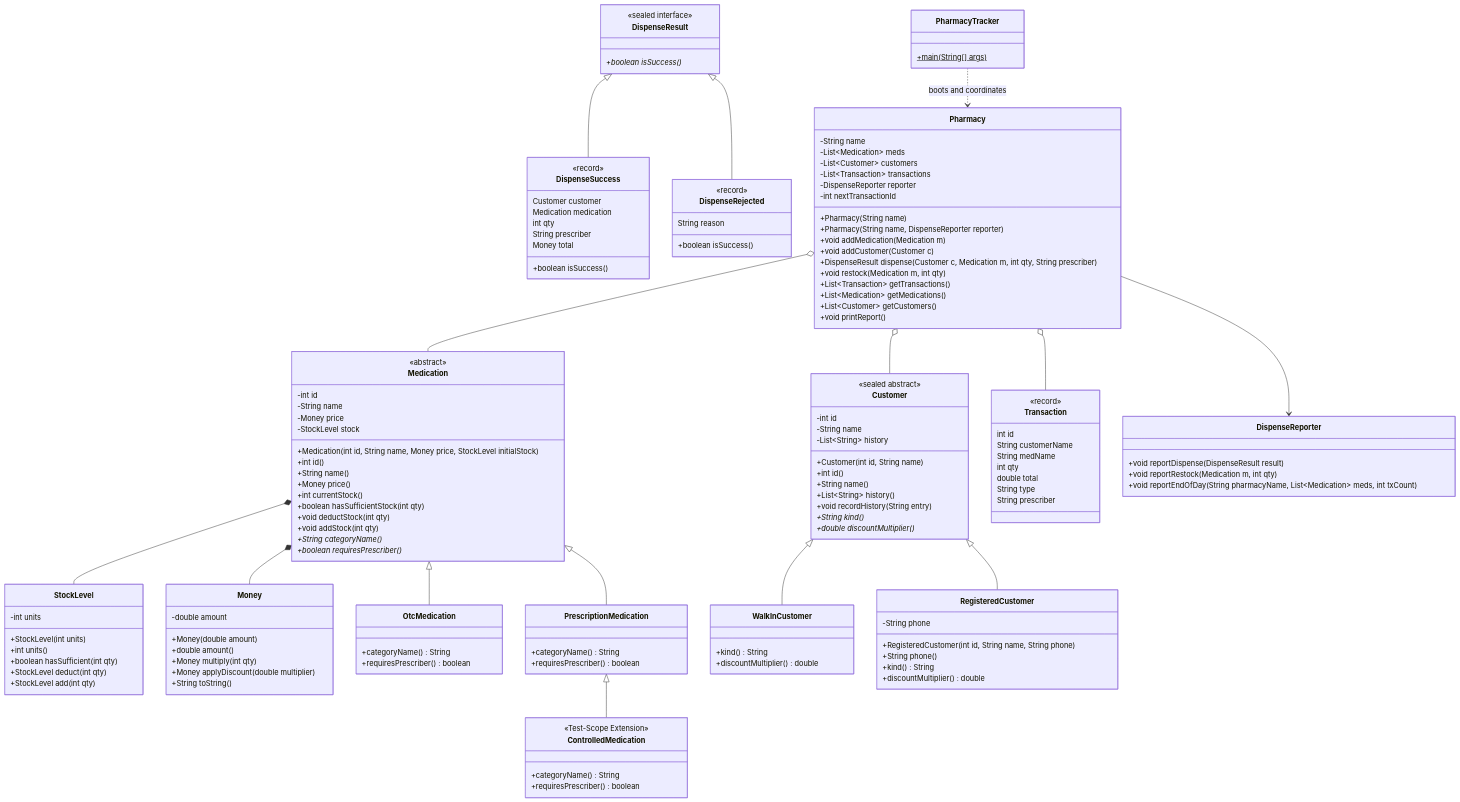
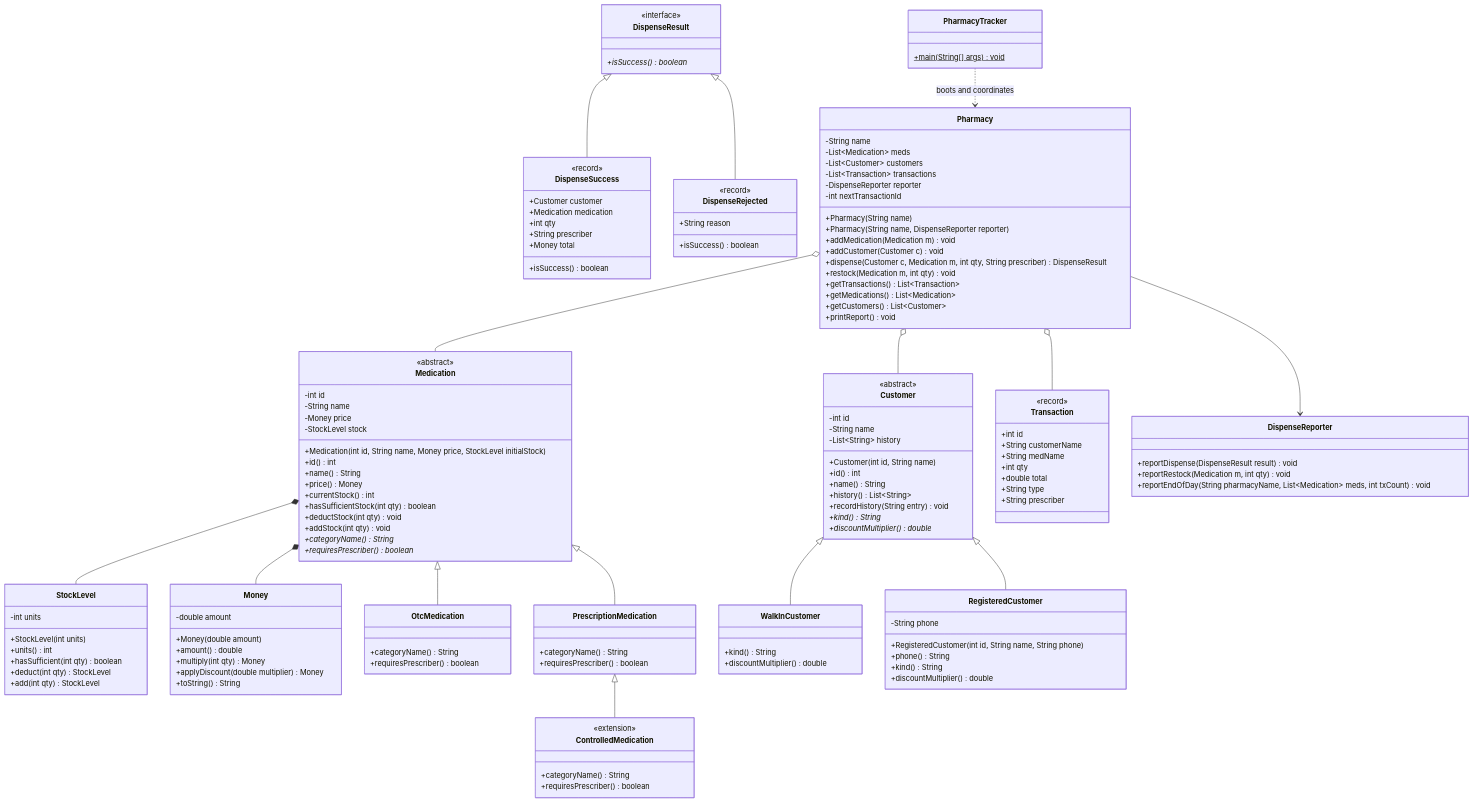
The first of 7 diagrams in docs/architecture.md (john-okyere-282/akosua-pharmacy-project), drawn with Mermaid before and after one commit. The commit also changed other lines of this file and 8 other files, not shown here.

Commit message:
docs: fix Mermaid syntax errors and overhaul README with old/new architecture and ADR rationales

```diff
--- a/docs/architecture.md
+++ b/docs/architecture.md
@@ -13,19 +13,19 @@
     class StockLevel {
         -int units
         +StockLevel(int units)
-        +int units()
-        +boolean hasSufficient(int qty)
-        +StockLevel deduct(int qty)
-        +StockLevel add(int qty)
+        +units() int
+        +hasSufficient(int qty) boolean
+        +deduct(int qty) StockLevel
+        +add(int qty) StockLevel
     }
 
     class Money {
         -double amount
         +Money(double amount)
-        +double amount()
-        +Money multiply(int qty)
-        +Money applyDiscount(double multiplier)
-        +String toString()
+        +amount() double
+        +multiply(int qty) Money
+        +applyDiscount(double multiplier) Money
+        +toString() String
     }
 
     class Medication {
@@ -35,15 +35,15 @@
         -Money price
         -StockLevel stock
         +Medication(int id, String name, Money price, StockLevel initialStock)
-        +int id()
-        +String name()
-        +Money price()
-        +int currentStock()
-        +boolean hasSufficientStock(int qty)
-        +void deductStock(int qty)
-        +void addStock(int qty)
-        +String categoryName()*
-        +boolean requiresPrescriber()*
+        +id() int
+        +name() String
+        +price() Money
+        +currentStock() int
+        +hasSufficientStock(int qty) boolean
+        +deductStock(int qty) void
+        +addStock(int qty) void
+        +categoryName()* String
+        +requiresPrescriber()* boolean
     }
 
     class OtcMedication {
@@ -57,7 +57,7 @@
     }
 
     class ControlledMedication {
-        <<Test-Scope Extension>>
+        <<extension>>
         +categoryName() String
         +requiresPrescriber() boolean
     }
@@ -69,17 +69,17 @@
     Medication *-- Money
 
     class Customer {
-        <<sealed abstract>>
+        <<abstract>>
         -int id
         -String name
         -List~String~ history
         +Customer(int id, String name)
-        +int id()
-        +String name()
-        +List~String~ history()
-        +void recordHistory(String entry)
-        +String kind()*
-        +double discountMultiplier()*
+        +id() int
+        +name() String
+        +history() List~String~
+        +recordHistory(String entry) void
+        +kind()* String
+        +discountMultiplier()* double
     }
 
     class WalkInCustomer {
@@ -90,7 +90,7 @@
     class RegisteredCustomer {
         -String phone
         +RegisteredCustomer(int id, String name, String phone)
-        +String phone()
+        +phone() String
         +kind() String
         +discountMultiplier() double
     }
@@ -100,43 +100,43 @@
 
     class Transaction {
         <<record>>
-        int id
-        String customerName
-        String medName
-        int qty
-        double total
-        String type
-        String prescriber
+        +int id
+        +String customerName
+        +String medName
+        +int qty
+        +double total
+        +String type
+        +String prescriber
     }
 
     class DispenseResult {
-        <<sealed interface>>
-        +boolean isSuccess()*
+        <<interface>>
+        +isSuccess()* boolean
     }
 
     class DispenseSuccess {
         <<record>>
-        Customer customer
-        Medication medication
-        int qty
-        String prescriber
-        Money total
-        +boolean isSuccess()
+        +Customer customer
+        +Medication medication
+        +int qty
+        +String prescriber
+        +Money total
+        +isSuccess() boolean
     }
 
     class DispenseRejected {
         <<record>>
-        String reason
-        +boolean isSuccess()
+        +String reason
+        +isSuccess() boolean
     }
 
     DispenseResult <|-- DispenseSuccess
     DispenseResult <|-- DispenseRejected
 
     class DispenseReporter {
-        +void reportDispense(DispenseResult result)
-        +void reportRestock(Medication m, int qty)
-        +void reportEndOfDay(String pharmacyName, List~Medication~ meds, int txCount)
+        +reportDispense(DispenseResult result) void
+        +reportRestock(Medication m, int qty) void
+        +reportEndOfDay(String pharmacyName, List~Medication~ meds, int txCount) void
     }
 
     class Pharmacy {
@@ -148,18 +148,18 @@
         -int nextTransactionId
         +Pharmacy(String name)
         +Pharmacy(String name, DispenseReporter reporter)
-        +void addMedication(Medication m)
-        +void addCustomer(Customer c)
-        +DispenseResult dispense(Customer c, Medication m, int qty, String prescriber)
-        +void restock(Medication m, int qty)
-        +List~Transaction~ getTransactions()
-        +List~Medication~ getMedications()
-        +List~Customer~ getCustomers()
-        +void printReport()
+        +addMedication(Medication m) void
+        +addCustomer(Customer c) void
+        +dispense(Customer c, Medication m, int qty, String prescriber) DispenseResult
+        +restock(Medication m, int qty) void
+        +getTransactions() List~Transaction~
+        +getMedications() List~Medication~
+        +getCustomers() List~Customer~
+        +printReport() void
     }
 
     class PharmacyTracker {
-        +main(String[] args)$
+        +main(String[] args)$ void
     }
 
     Pharmacy o-- Medication
```
